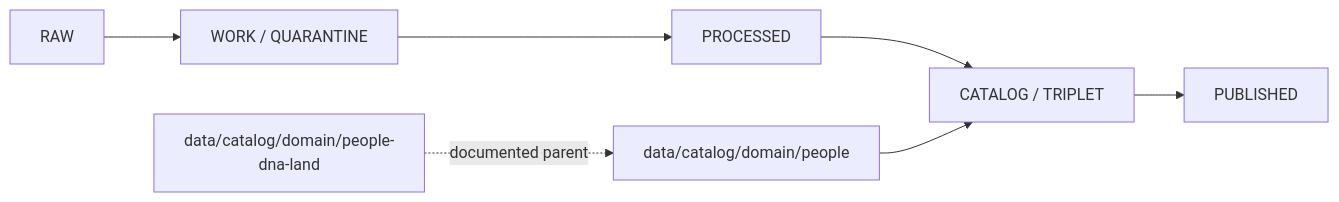
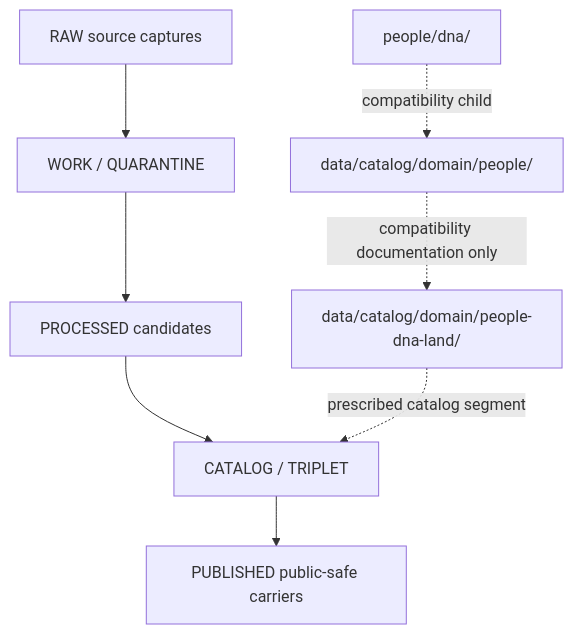
The diagram in data/catalog/domain/people/README.md (bartytime4life/Kansas-Frontier-Matrix), drawn with Mermaid before and after one commit. The commit also changed other lines of this file, not shown here.

Commit message:
docs: modernize People catalog compatibility README

````diff
--- a/data/catalog/domain/people/README.md
+++ b/data/catalog/domain/people/README.md
@@ -59,9 +355,10 @@
 ```mermaid
-flowchart LR
-  RAW[RAW] --> WORK[WORK / QUARANTINE]
-  WORK --> PROCESSED[PROCESSED]
-  PROCESSED --> CATALOG[CATALOG / TRIPLET]
-  CATALOG --> PUBLISHED[PUBLISHED]
-  PEOPLE[data/catalog/domain/people] --> CATALOG
-  PDL[data/catalog/domain/people-dna-land] -. documented parent .-> PEOPLE
+flowchart TD
+  RAW["RAW source captures"] --> WQ["WORK / QUARANTINE"]
+  WQ --> PROC["PROCESSED candidates"]
+  PROC --> CAT["CATALOG / TRIPLET"]
+  CAT --> PUB["PUBLISHED public-safe carriers"]
+  CAN["data/catalog/domain/people-dna-land/"] -. "prescribed catalog segment" .-> CAT
+  COMP["data/catalog/domain/people/"] -. "compatibility documentation only" .-> CAN
+  DNA["people/dna/"] -. "compatibility child" .-> COMP
 ```
````
